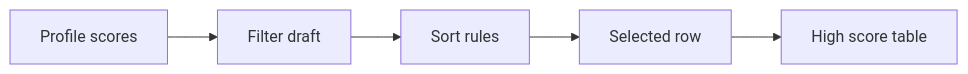
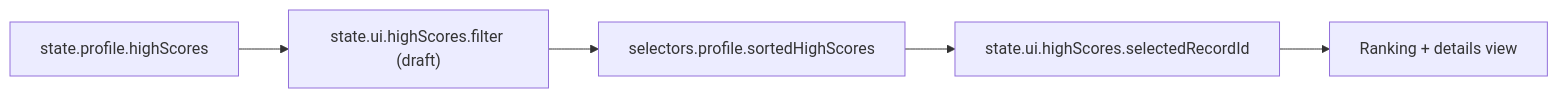
Before and after one commit to SunaNoOshiro/Heroes_Reforged_AI_Realms: the second of 5 diagrams in docs/architecture/wiki/screens/57-high-scores/architecture.md, drawn with Mermaid. The commit also changed other lines of this file and 518 other files, not shown here.

First line of the commit message:
Add doc-audit skill and sweep architecture/screen docs

````diff
--- a/docs/architecture/wiki/screens/57-high-scores/architecture.md
+++ b/docs/architecture/wiki/screens/57-high-scores/architecture.md
@@ -32,8 +38,7 @@
 ```mermaid
 flowchart LR
-  L0["Profile scores"] --> L1
-  L1["Filter draft"] --> L2
-  L2["Sort rules"] --> L3
-  L3["Selected row"] --> L4
-  L4["High score table"]
+  L0["state.profile.highScores"] --> L1["state.ui.highScores.filter (draft)"]
+  L1 --> L2["selectors.profile.sortedHighScores"]
+  L2 --> L3["state.ui.highScores.selectedRecordId"]
+  L3 --> L4["Ranking + details view"]
 ```
````
